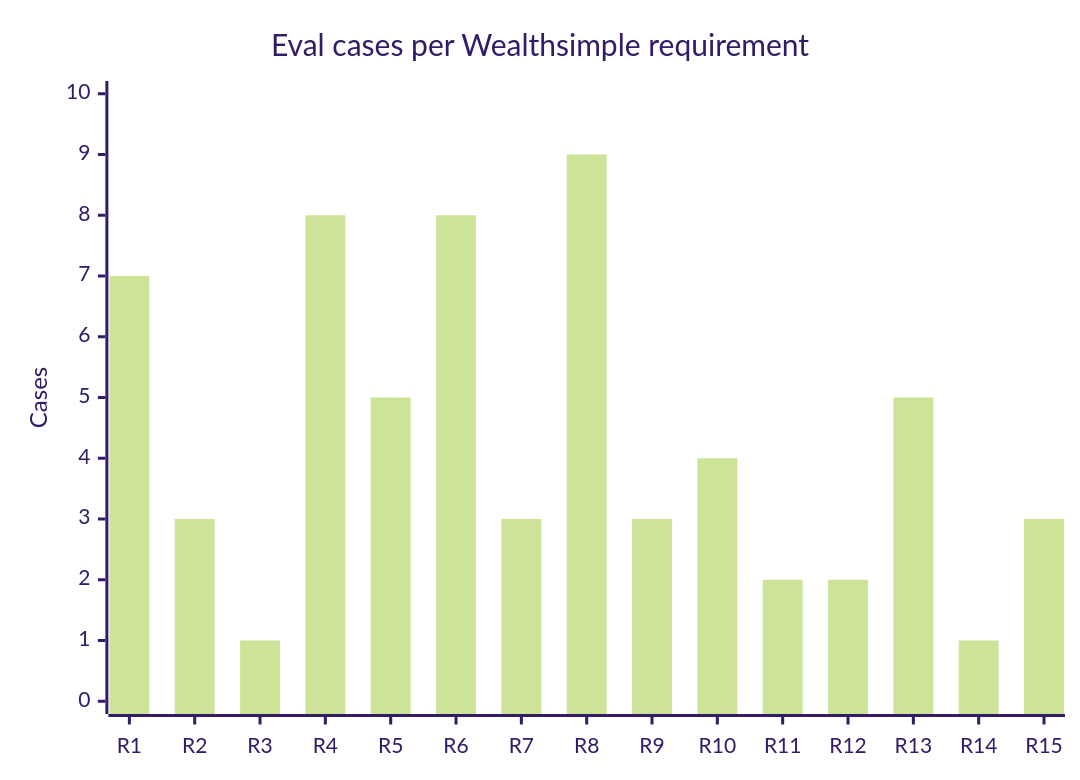
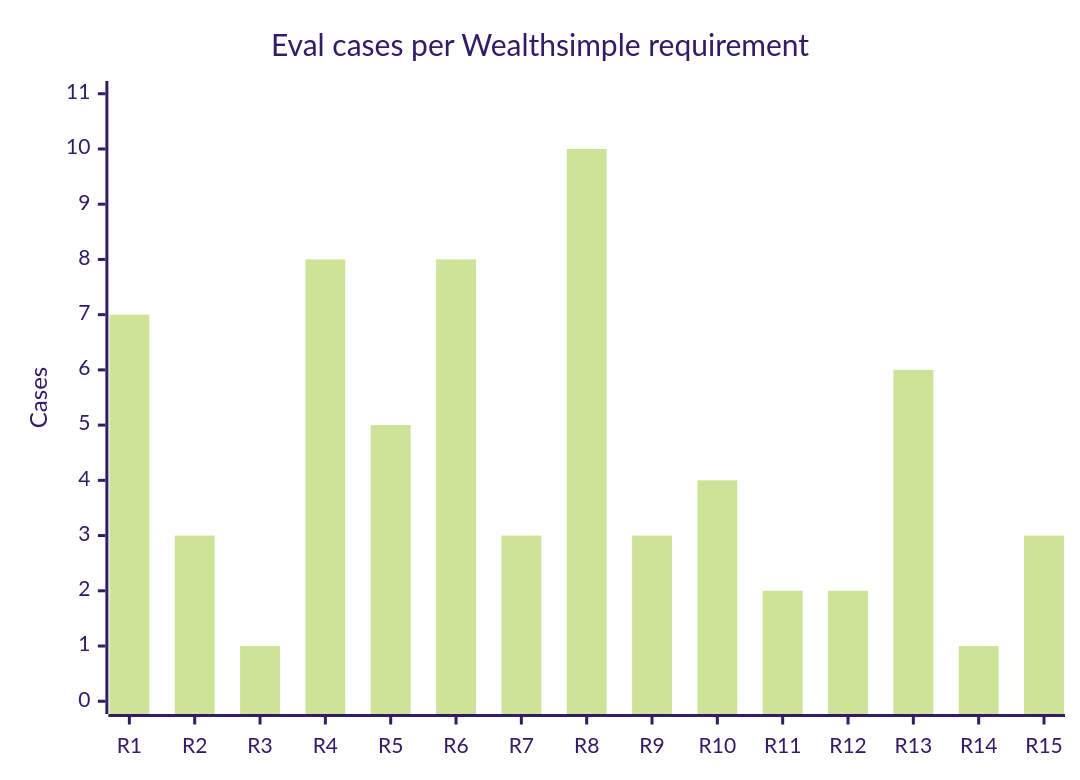
One commit to jordanne-dyck/jordannedyck-ai changed the second of 2 diagrams in COVERAGE.md. Above: the diagram before and after it, drawn with Mermaid (forest theme). The commit also changed other lines of this file and 2 other files, not shown here.

````diff
--- a/COVERAGE.md
+++ b/COVERAGE.md
@@ -66,7 +66,7 @@
 ```mermaid
 xychart-beta
     title "Eval cases per Wealthsimple requirement"
     x-axis [R1, R2, R3, R4, R5, R6, R7, R8, R9, R10, R11, R12, R13, R14, R15]
-    y-axis "Cases" 0 --> 10
-    bar [7, 3, 1, 8, 5, 8, 3, 9, 3, 4, 2, 2, 5, 1, 3]
+    y-axis "Cases" 0 --> 11
+    bar [7, 3, 1, 8, 5, 8, 3, 10, 3, 4, 2, 2, 6, 1, 3]
 ```
````
